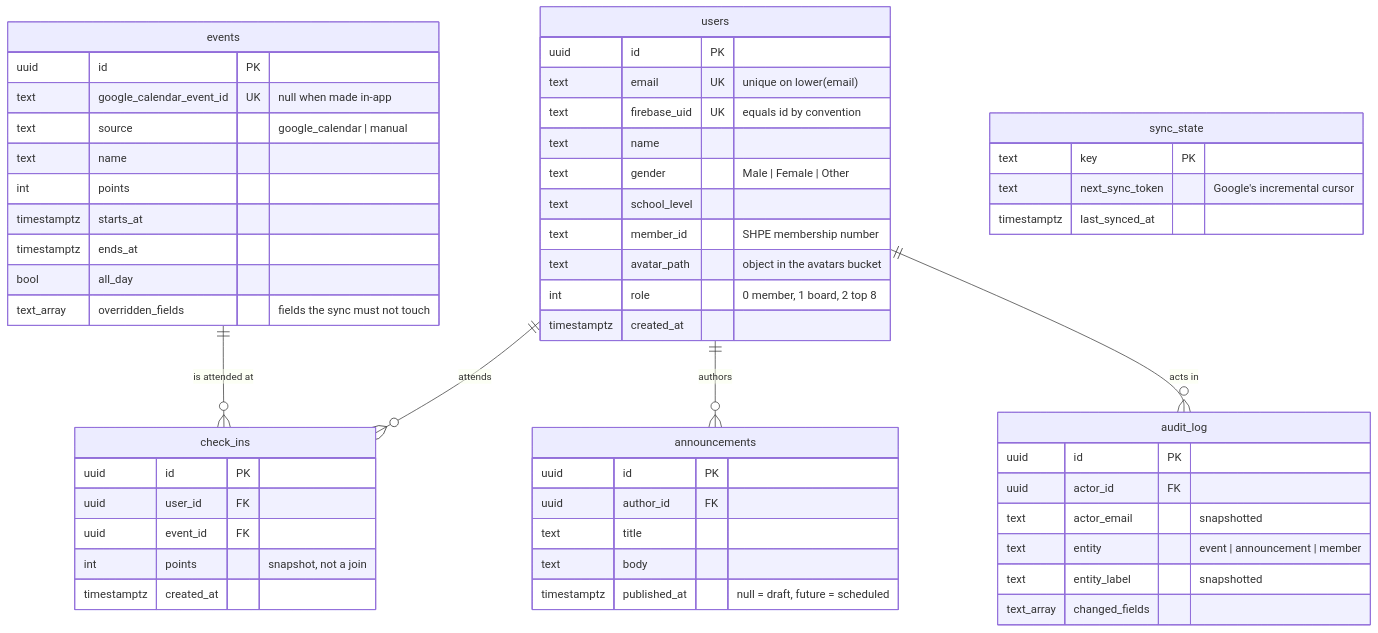
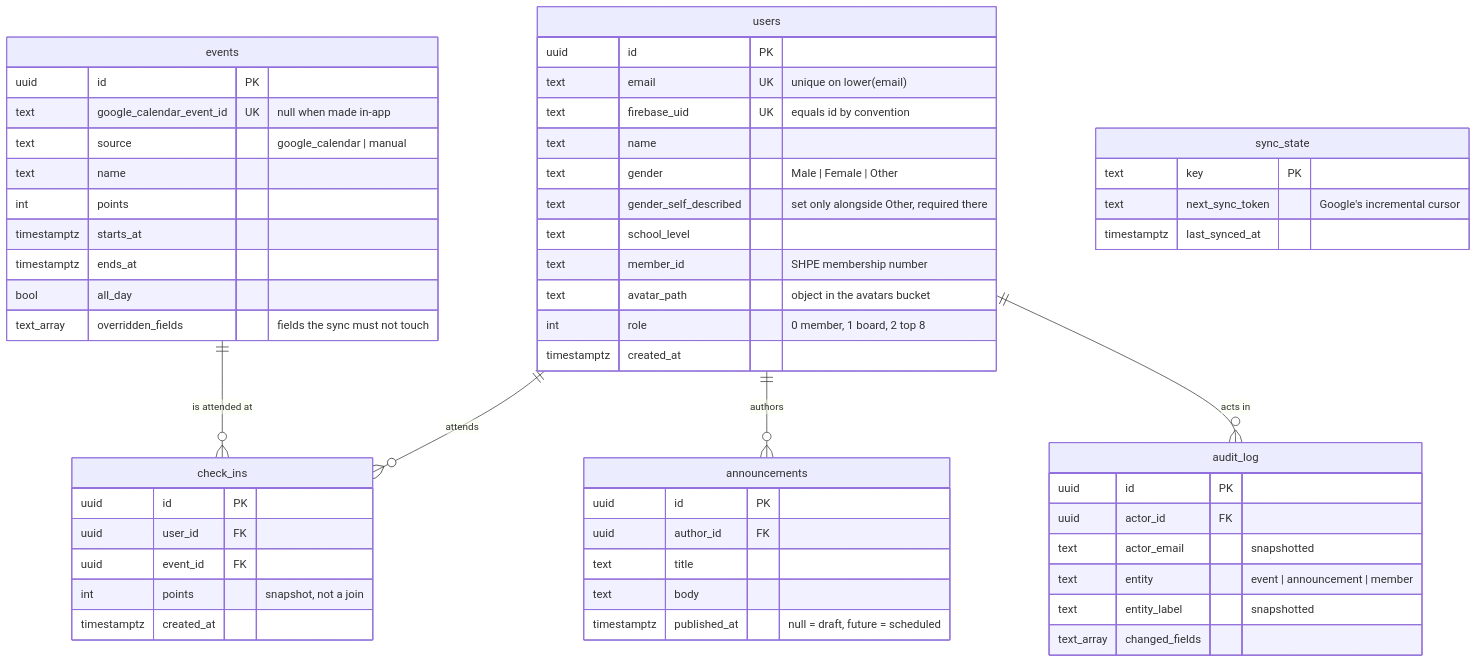
Before and after one commit to SHPE-UIC/shpe-web-app: the tenth of 12 diagrams in docs/ARCHITECTURE.md, drawn with Mermaid. The commit also changed other lines of this file and 3 other files, not shown here.

First line of the commit message:
Bring the docs in line with the self-described gender

````diff
--- a/docs/ARCHITECTURE.md
+++ b/docs/ARCHITECTURE.md
@@ -418,58 +419,59 @@
 ```mermaid
 erDiagram
     users ||--o{ check_ins : "attends"
     events ||--o{ check_ins : "is attended at"
     users ||--o{ announcements : "authors"
     users ||--o{ audit_log : "acts in"
 
     users {
         uuid id PK
         text email UK "unique on lower(email)"
         text firebase_uid UK "equals id by convention"
         text name
         text gender "Male | Female | Other"
+        text gender_self_described "set only alongside Other, required there"
         text school_level
         text member_id "SHPE membership number"
         text avatar_path "object in the avatars bucket"
         int role "0 member, 1 board, 2 top 8"
         timestamptz created_at
     }
     events {
         uuid id PK
         text google_calendar_event_id UK "null when made in-app"
         text source "google_calendar | manual"
         text name
         int points
         timestamptz starts_at
         timestamptz ends_at
         bool all_day
         text_array overridden_fields "fields the sync must not touch"
     }
     check_ins {
         uuid id PK
         uuid user_id FK
         uuid event_id FK
         int points "snapshot, not a join"
         timestamptz created_at
     }
     announcements {
         uuid id PK
         uuid author_id FK
         text title
         text body
         timestamptz published_at "null = draft, future = scheduled"
     }
     audit_log {
         uuid id PK
         uuid actor_id FK
         text actor_email "snapshotted"
         text entity "event | announcement | member"
         text entity_label "snapshotted"
         text_array changed_fields
     }
     sync_state {
         text key PK
         text next_sync_token "Google's incremental cursor"
         timestamptz last_synced_at
     }
 ```
````
